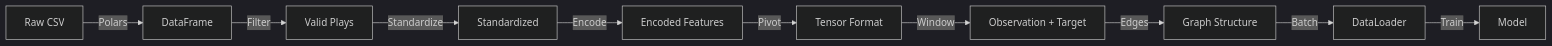
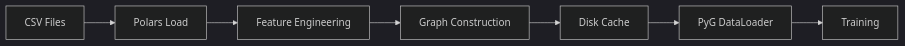
Before and after one commit to tanm-sys/NFL: the diagram in docs/data_pipeline.md, drawn with Mermaid (dark theme). The commit also changed other lines of this file and 9 other files, not shown here.

````diff
--- a/docs/data_pipeline.md
+++ b/docs/data_pipeline.md
@@ -516,12 +7,9 @@
 ```mermaid
 graph LR
-    CSV[Raw CSV] -->|Polars| DF[DataFrame]
-    DF -->|Filter| Valid[Valid Plays]
-    Valid -->|Standardize| Std[Standardized]
-    Std -->|Encode| Enc[Encoded Features]
-    Enc -->|Pivot| Tensor[Tensor Format]
-    Tensor -->|Window| Windows[Observation + Target]
-    Windows -->|Edges| Graph[Graph Structure]
-    Graph -->|Batch| Loader[DataLoader]
-    Loader -->|Train| Model[Model]
+    A[CSV Files] --> B[Polars Load]
+    B --> C[Feature Engineering]
+    C --> D[Graph Construction]
+    D --> E[Disk Cache]
+    E --> F[PyG DataLoader]
+    F --> G[Training]
 ```
````
